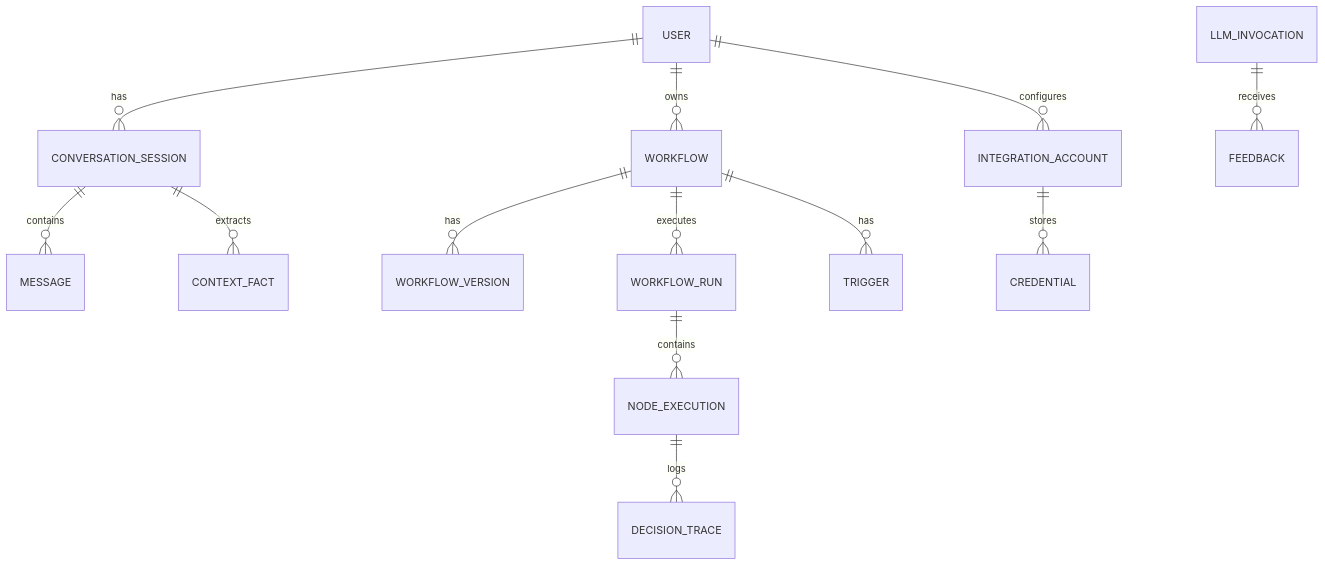
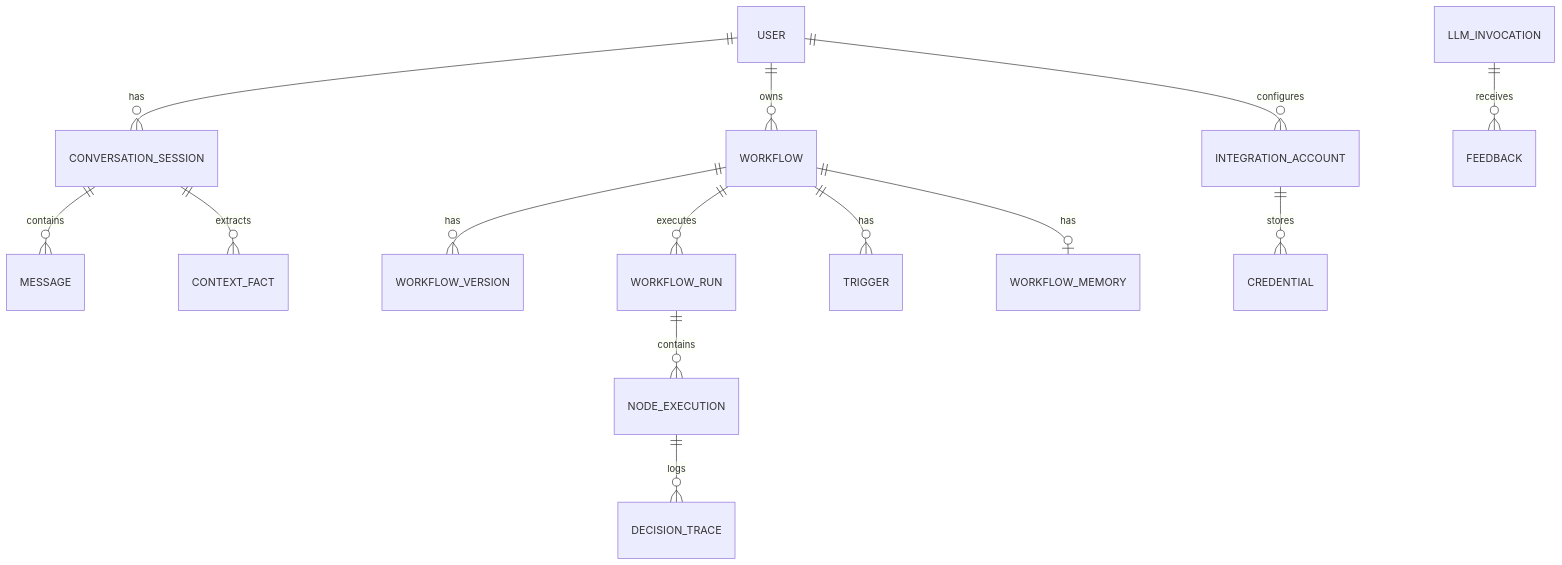
The seventh of 7 diagrams in docs/architecture/ARCHITECTURE.md (Technosorcery/silver-telegram), drawn with Mermaid before and after one commit. The commit also changed other lines of this file and 2 other files, not shown here.

First line of the commit message:
Design workflow memory and enforce C4 architecture style

````diff
--- a/docs/architecture/ARCHITECTURE.md
+++ b/docs/architecture/ARCHITECTURE.md
@@ -356,20 +353,21 @@
 ```mermaid
 erDiagram
     USER ||--o{ CONVERSATION_SESSION : has
     USER ||--o{ WORKFLOW : owns
     USER ||--o{ INTEGRATION_ACCOUNT : configures
 
     CONVERSATION_SESSION ||--o{ MESSAGE : contains
     CONVERSATION_SESSION ||--o{ CONTEXT_FACT : extracts
 
     WORKFLOW ||--o{ WORKFLOW_VERSION : has
     WORKFLOW ||--o{ WORKFLOW_RUN : executes
     WORKFLOW ||--o{ TRIGGER : has
+    WORKFLOW ||--o| WORKFLOW_MEMORY : has
 
     WORKFLOW_RUN ||--o{ NODE_EXECUTION : contains
     NODE_EXECUTION ||--o{ DECISION_TRACE : logs
 
     INTEGRATION_ACCOUNT ||--o{ CREDENTIAL : stores
 
     LLM_INVOCATION ||--o{ FEEDBACK : receives
 ```
````
